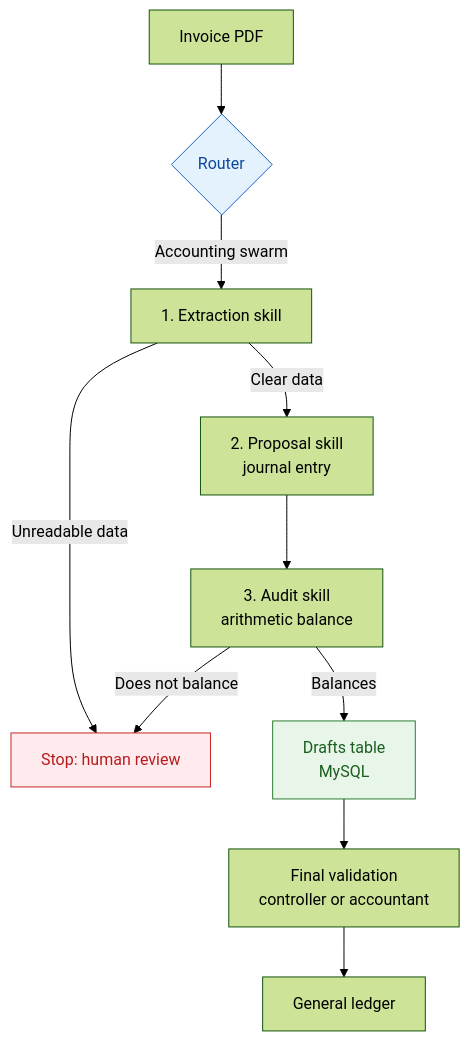
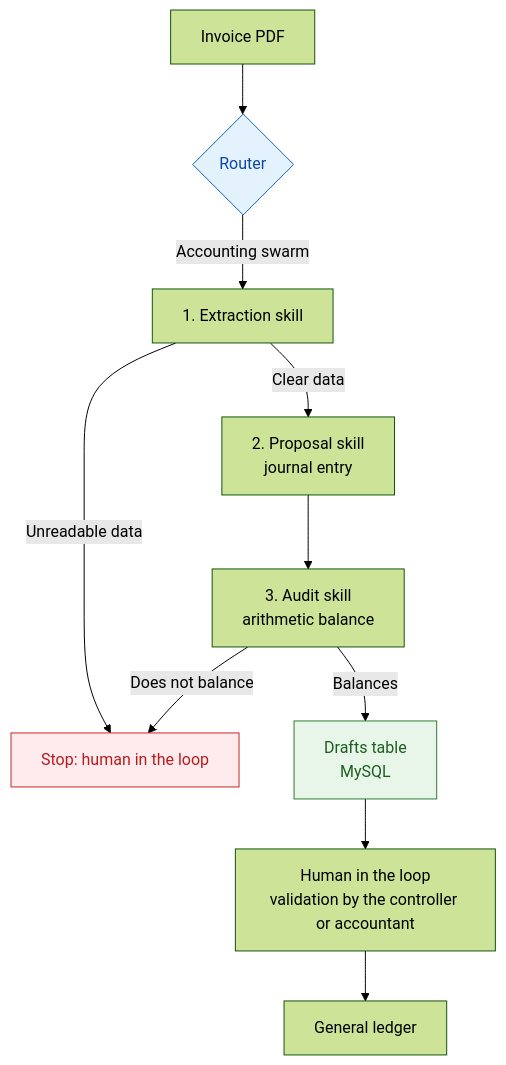
Before and after one commit to jleonceo/portfolio-juan-luis: the second of 3 diagrams in README.en.md, drawn with Mermaid (forest theme). The commit also changed other lines of this file and 1 other file, not shown here.

Commit message:
Esquemas: human in the loop en los cuatro puntos donde decide una persona
El esquema general, el freno y la validación de la factura, y la revisión del workflow de analítica dicen ahora
human in the loop, el nombre con que se conoce ese control.

````diff
--- a/README.en.md
+++ b/README.en.md
@@ -57,16 +57,16 @@
 ```mermaid
 flowchart TD
     A[Invoice PDF] --> B{Router}
     B -->|Accounting swarm| C[1. Extraction skill]
-    C -->|Unreadable data| D[Stop: human review]
+    C -->|Unreadable data| D[Stop: human in the loop]
     C -->|Clear data| E[2. Proposal skill<br/>journal entry]
     E --> F[3. Audit skill<br/>arithmetic balance]
     F -->|Does not balance| D
     F -->|Balances| G[Drafts table<br/>MySQL]
-    G --> H[Final validation<br/>controller or accountant]
+    G --> H[Human in the loop<br/>validation by the controller or accountant]
     H --> I[General ledger]
 
     style D fill:#ffebee,stroke:#c62828,color:#b71c1c
     style G fill:#e8f5e9,stroke:#2e7d32,color:#1b5e20
     style B fill:#e3f2fd,stroke:#1565c0,color:#0d47a1
 ```
````
